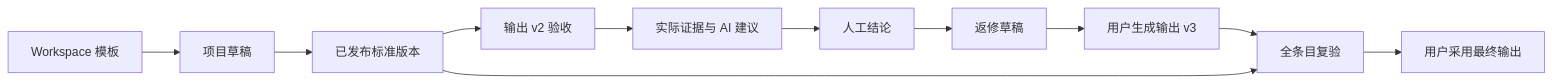
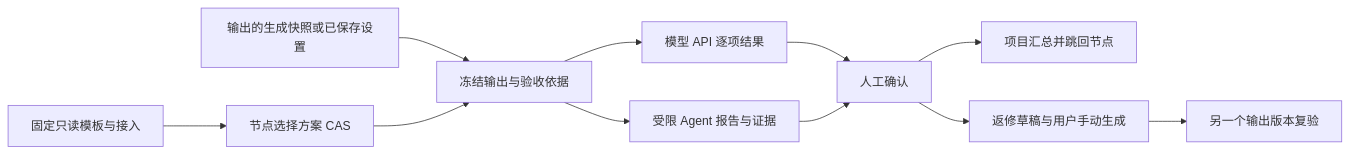
Before and after one commit to EmiyaredA/Future-Props-Lab: the fourth of 4 diagrams in web/src/features/thought-workshop/official/content/technical/visual-workshop.md, drawn with Mermaid. The commit also changed other lines of this file and 90 other files, not shown here.

````diff
--- a/web/src/features/thought-workshop/official/content/technical/visual-workshop.md
+++ b/web/src/features/thought-workshop/official/content/technical/visual-workshop.md
@@ -123,13 +121,13 @@
 ```mermaid
 flowchart LR
-  T[Workspace 模板] --> D[项目草稿]
-  D --> S[已发布标准版本]
-  S --> R[输出 v2 验收]
-  R --> E[实际证据与 AI 建议]
-  E --> H[人工结论]
-  H --> F[返修草稿]
-  F --> V[用户生成输出 v3]
-  V --> N[全条目复验]
-  S --> N
-  N --> A[用户采用最终输出]
+  T[固定只读模板与接入] --> B[节点选择方案 CAS]
+  G[输出的生成快照或已保存设置] --> R[冻结输出与验收依据]
+  B --> R
+  R --> M[模型 API 逐项结果]
+  R --> C[受限 Agent 报告与证据]
+  M --> H[人工确认]
+  C --> H
+  H --> S[项目汇总并跳回节点]
+  H --> F[返修草稿与用户手动生成]
+  F --> N[另一个输出版本复验]
 ```
````
